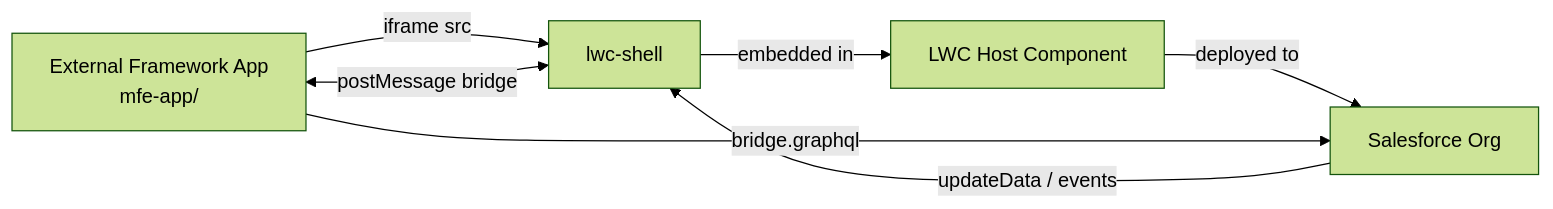
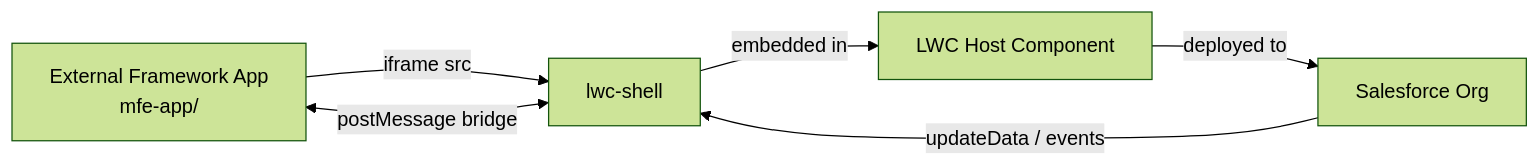
The second of 2 diagrams in README.md (trailheadapps/multiframework-recipes), drawn with Mermaid (forest theme) before and after one commit. The commit also changed other lines of this file and 22 other files, not shown here.

````diff
--- a/README.md
+++ b/README.md
@@ -45,9 +45,8 @@
 ```mermaid
 graph LR
     A[External Framework App<br/>mfe-app/] -->|iframe src| B[lwc-shell]
     B -->|embedded in| C[LWC Host Component]
     C -->|deployed to| D[Salesforce Org]
     B <-->|postMessage bridge| A
     D -->|updateData / events| B
-    A -->|bridge.graphql| D
 ```
````
